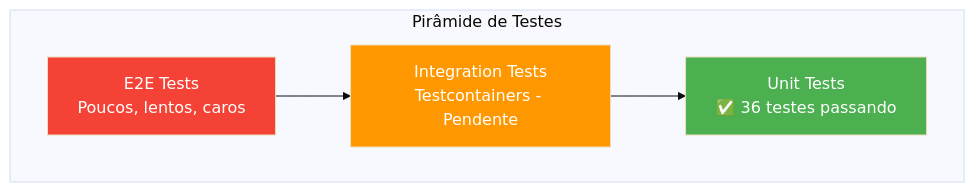
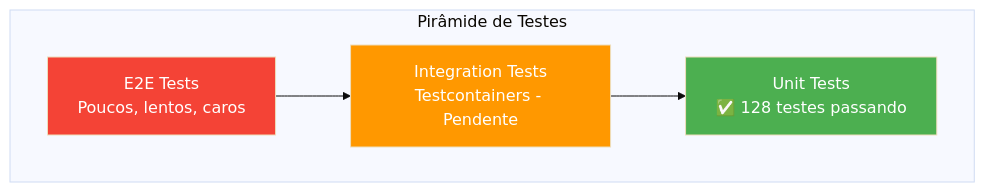
Before and after one commit to camilalimagodin/ms-manager-order-service: the diagram in docs/testes.md, drawn with Mermaid (base theme). The commit also changed other lines of this file and 44 other files, not shown here.

First line of the commit message:
feat(tests): add unit tests for value objects and repository adapter

````diff
--- a/docs/testes.md
+++ b/docs/testes.md
@@ -11,14 +11,14 @@
 ```mermaid
 graph TB
     subgraph "Pirâmide de Testes"
         E2E[E2E Tests<br/>Poucos, lentos, caros]
         INT[Integration Tests<br/>Testcontainers - Pendente]
-        UNIT[Unit Tests<br/>✅ 36 testes passando]
+        UNIT[Unit Tests<br/>✅ 128 testes passando]
     end
     
     E2E --> INT --> UNIT
     
     style UNIT fill:#4caf50,color:#fff
     style INT fill:#ff9800,color:#fff
     style E2E fill:#f44336,color:#fff
 ```
````
